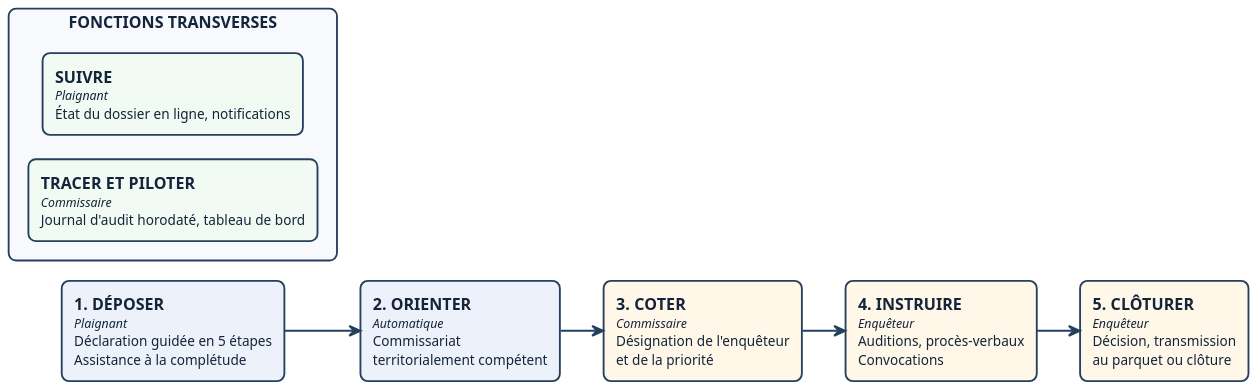
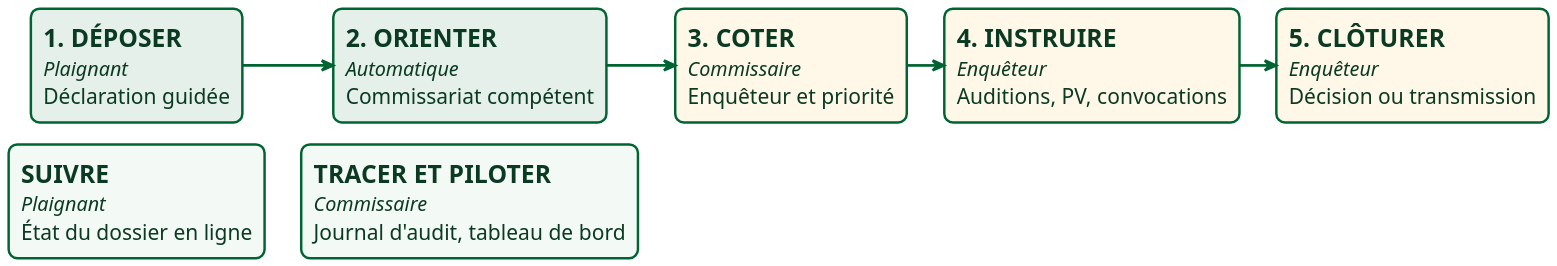
One commit to NodemBorel/memoire-m2 changed the diagram in diagrammes/architecture_fonctionnelle.puml. Above: the diagram before and after it, drawn with PlantUML. The commit also changed 29 other files, not shown here.

```diff
--- a/diagrammes/architecture_fonctionnelle.puml
+++ b/diagrammes/architecture_fonctionnelle.puml
@@ -1,46 +1,64 @@
 @startuml architecture_fonctionnelle
 ' ==============================================================
 '  PlainteCam — Architecture globale des besoins fonctionnels
 '  Vue destinée à faire saisir d'un seul regard ce que fait la
 '  plateforme. Aucune référence technologique n'y figure, et
 '  l'acteur responsable est nommé dans chaque bloc.
+'
+'  LISIBILITÉ EN PROJECTION
+'    La figure sert aussi de diapositive. Elle est donc volontairement
+'    sobre — un intitulé, l'acteur, une ligne — et sa police est
+'    grande : ramenée à la largeur d'un écran, une figure trop
+'    bavarde tombe sous le seuil du lisible. Le détail de chaque
+'    fonction est porté par le texte du mémoire, pas par le schéma.
+'
+'  MISE EN PAGE
+'    Deux rangées : le cycle de vie en 5 temps, puis les deux
+'    fonctions qui le traversent de bout en bout. En mode
+'    left-to-right, une arête invisible entre F6 et F7 les place
+'    côte à côte au lieu de les empiler.
+'
+'  COMPILATION
+'    java -jar plantuml.jar -tpng -charset UTF-8 architecture_fonctionnelle.puml
 ' ==============================================================
 
 skinparam dpi 150
 skinparam backgroundColor #FFFFFF
 skinparam shadowing false
 skinparam defaultFontName Helvetica
-skinparam defaultFontSize 13
-skinparam ArrowColor #24405E
-skinparam ArrowThickness 1.6
-skinparam nodesep 20
-skinparam ranksep 35
+skinparam defaultFontSize 20
+skinparam ArrowColor #006432
+skinparam ArrowThickness 2.2
+skinparam nodesep 18
+skinparam ranksep 30
 
 skinparam rectangle {
-  BorderColor #24405E
-  BorderThickness 1.5
-  FontColor #14243A
-  RoundCorner 12
+  BorderColor #006432
+  BorderThickness 2
+  FontColor #0B3A22
+  RoundCorner 14
 }
 
 left to right direction
 
-rectangle "**1. DÉPOSER**\n<size:10>//Plaignant//</size>\n<size:11>Déclaration guidée en 5 étapes</size>\n<size:11>Assistance à la complétude</size>" as F1 #EDF2FA
-rectangle "**2. ORIENTER**\n<size:10>//Automatique//</size>\n<size:11>Commissariat</size>\n<size:11>territorialement compétent</size>" as F2 #EDF2FA
-rectangle "**3. COTER**\n<size:10>//Commissaire//</size>\n<size:11>Désignation de l'enquêteur</size>\n<size:11>et de la priorité</size>" as F3 #FFF7E8
-rectangle "**4. INSTRUIRE**\n<size:10>//Enquêteur//</size>\n<size:11>Auditions, procès-verbaux</size>\n<size:11>Convocations</size>" as F4 #FFF7E8
-rectangle "**5. CLÔTURER**\n<size:10>//Enquêteur//</size>\n<size:11>Décision, transmission</size>\n<size:11>au parquet ou clôture</size>" as F5 #FFF7E8
+' ── Les fonctions qui traversent tout le cycle ────────────────
+rectangle "**SUIVRE**\n<size:16>//Plaignant//</size>\n<size:17>État du dossier en ligne</size>" as F6 #F3F9F5
+rectangle "**TRACER ET PILOTER**\n<size:16>//Commissaire//</size>\n<size:17>Journal d'audit, tableau de bord</size>" as F7 #F3F9F5
+
+' En mode left-to-right, une arete placee ici met les deux blocs
+' cote a cote et les renvoie sous la chaine.
+F6 -[hidden]-> F7
+
+' ── Le cycle de vie d'une plainte ─────────────────────────────
+rectangle "**1. DÉPOSER**\n<size:16>//Plaignant//</size>\n<size:17>Déclaration guidée</size>" as F1 #E4F0E9
+rectangle "**2. ORIENTER**\n<size:16>//Automatique//</size>\n<size:17>Commissariat compétent</size>" as F2 #E4F0E9
+rectangle "**3. COTER**\n<size:16>//Commissaire//</size>\n<size:17>Enquêteur et priorité</size>" as F3 #FFF7E8
+rectangle "**4. INSTRUIRE**\n<size:16>//Enquêteur//</size>\n<size:17>Auditions, PV, convocations</size>" as F4 #FFF7E8
+rectangle "**5. CLÔTURER**\n<size:16>//Enquêteur//</size>\n<size:17>Décision ou transmission</size>" as F5 #FFF7E8
 
 F1 --> F2
 F2 --> F3
 F3 --> F4
 F4 --> F5
 
-rectangle "FONCTIONS TRANSVERSES" as T #F7F9FC {
-  rectangle "**SUIVRE**\n<size:10>//Plaignant//</size>\n<size:11>État du dossier en ligne, notifications</size>" as F6 #F1FBF4
-  rectangle "**TRACER ET PILOTER**\n<size:10>//Commissaire//</size>\n<size:11>Journal d'audit horodaté, tableau de bord</size>" as F7 #F1FBF4
-}
-
-
-
 @enduml
```
